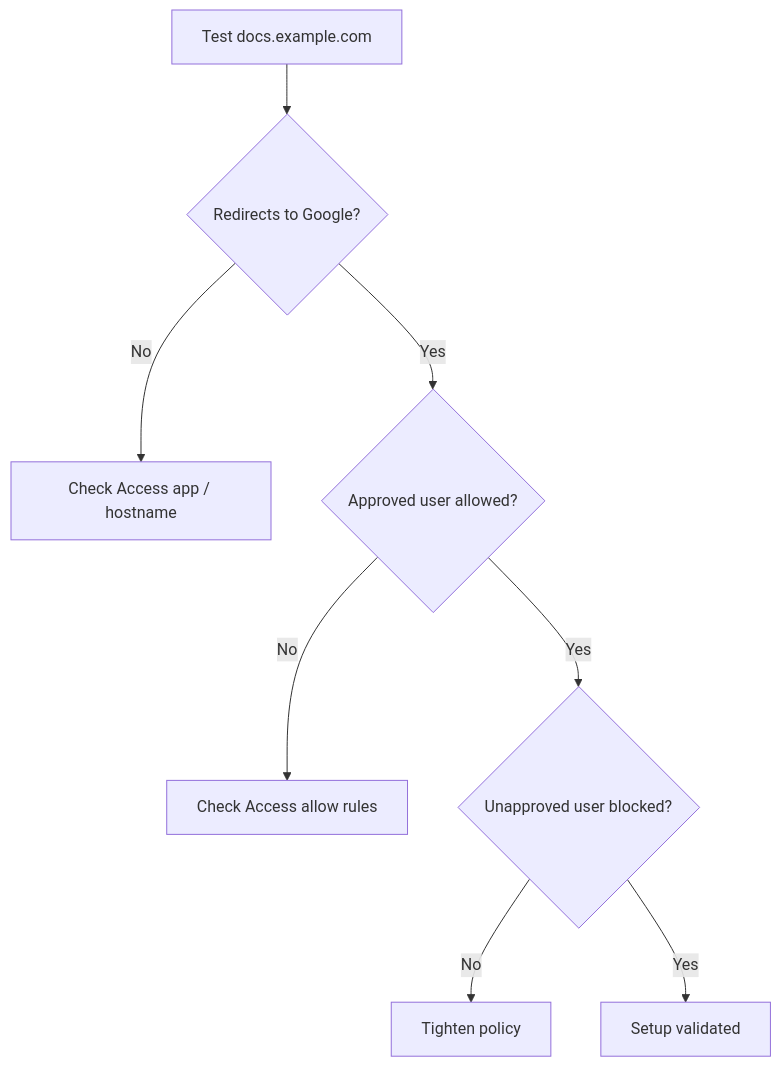
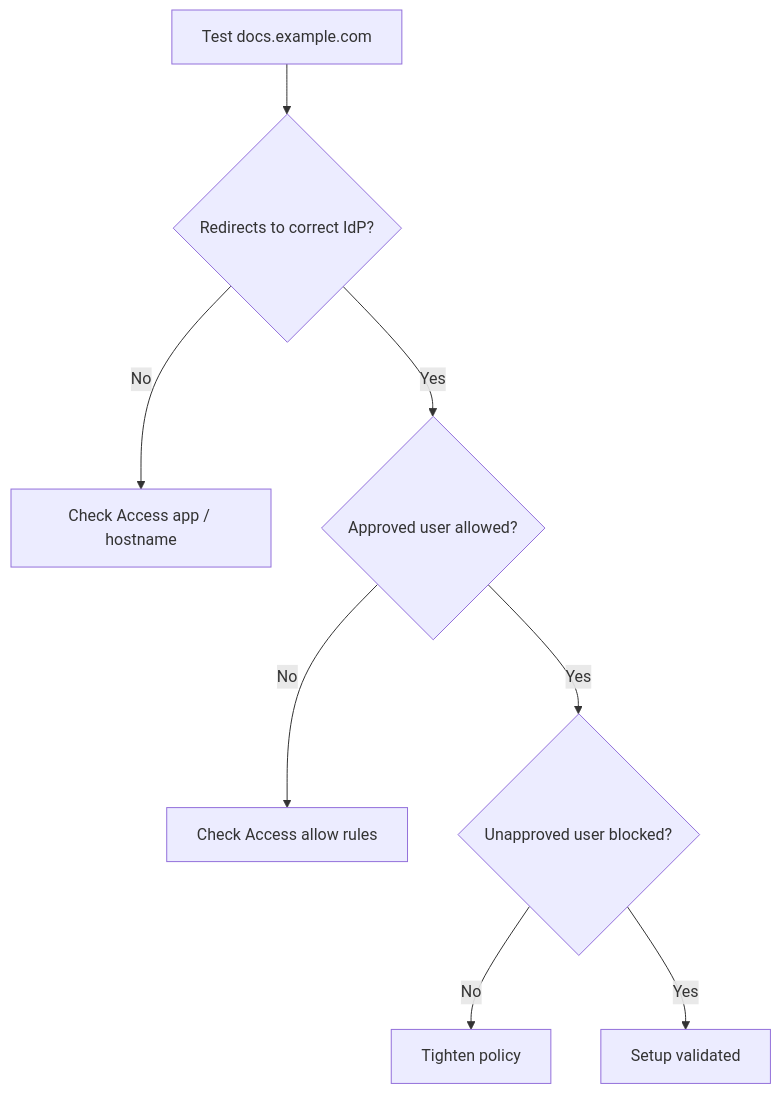
Diagram 14 of 16 in _posts/devops/2026-04-24-cloudflare-pages-jekyll-google-access-private-docs-guide.md (ddingpy/myblog), drawn with Mermaid before and after one commit. The commit also changed other lines of this file, not shown here.

````diff
--- a/_posts/devops/2026-04-24-cloudflare-pages-jekyll-google-access-private-docs-guide.md
+++ b/_posts/devops/2026-04-24-cloudflare-pages-jekyll-google-access-private-docs-guide.md
@@ -654,10 +711,10 @@
 ```mermaid
 flowchart TD
-    A[Test docs.example.com] --> B{Redirects to Google?}
+    A[Test docs.example.com] --> B{Redirects to correct IdP?}
     B -->|No| C[Check Access app / hostname]
     B -->|Yes| D{Approved user allowed?}
     D -->|No| E[Check Access allow rules]
     D -->|Yes| F{Unapproved user blocked?}
     F -->|No| G[Tighten policy]
     F -->|Yes| H[Setup validated]
 ```
````
